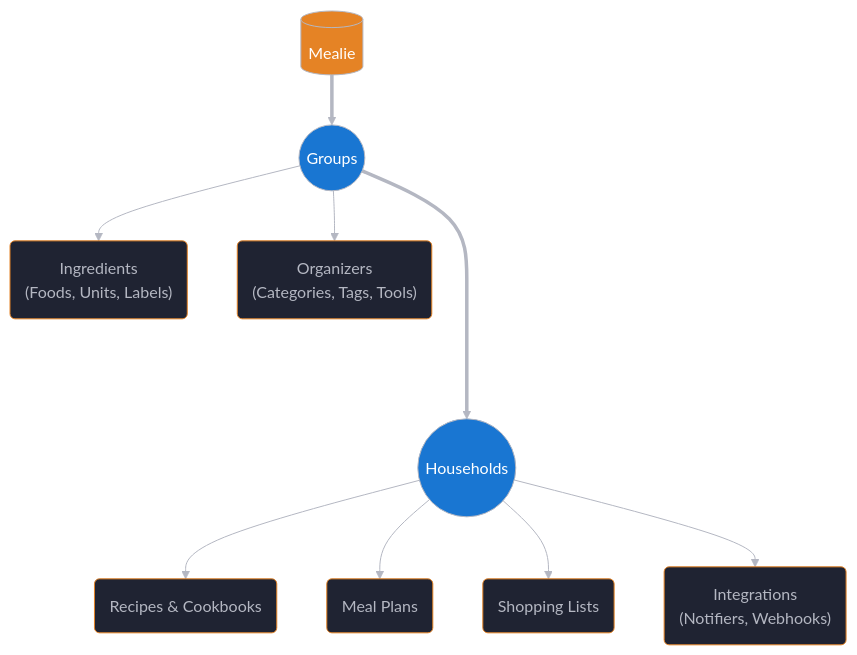
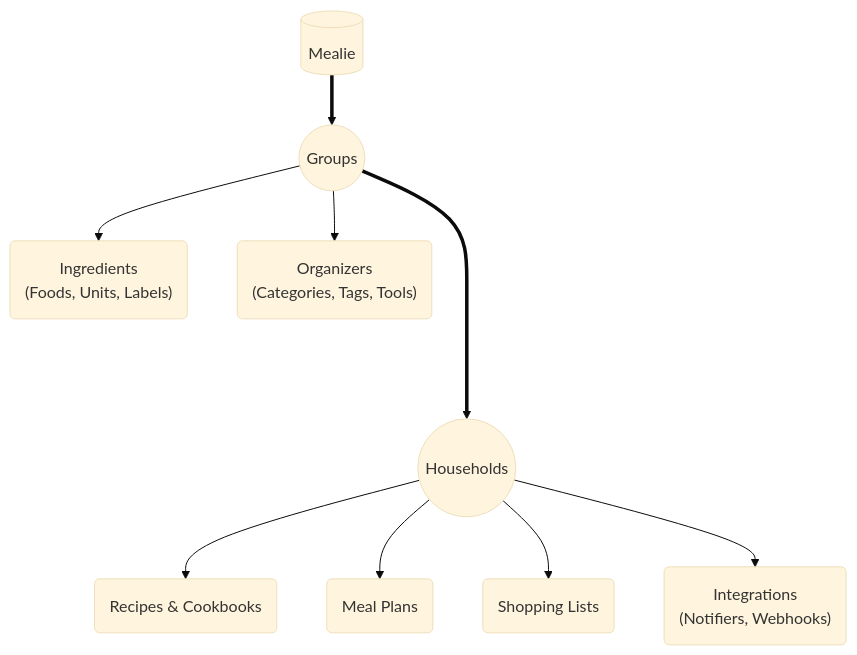
Before and after one commit to mealie-recipes/mealie: the diagram in docs/docs/documentation/getting-started/features.md, drawn with Mermaid (base theme).

Commit message:
remove chart styling

````diff
--- a/docs/docs/documentation/getting-started/features.md
+++ b/docs/docs/documentation/getting-started/features.md
@@ -187,25 +187,18 @@
 ```mermaid
 flowchart TB
-    mealie[(Mealie)]:::primary ==> groups
+    mealie[(Mealie)] ==> groups
 
     %% Groups
-    groups((Groups)):::secondary --> ingredients & organizers
-    groups((Groups)):::secondary ====> households
+    groups((Groups)) --> ingredients & organizers
+    groups((Groups)) ====> households
     ingredients("Ingredients<br/>(Foods, Units, Labels)")
     organizers("Organizers<br/>(Categories, Tags, Tools)")
 
     %% Households
-    households((Households)):::secondary --> recipes & mealplans & shoppinglists & integrations
+    households((Households)) --> recipes & mealplans & shoppinglists & integrations
 
     recipes(Recipes & Cookbooks)
     mealplans(Meal Plans)
     shoppinglists(Shopping Lists)
     integrations("Integrations<br/>(Notifiers, Webhooks)")
-
-    %% Styling
-    classDef primary fill:#E58325,stroke:#B4B7C2,color:#FFFFFF
-    classDef secondary fill:#1976D2,stroke:#B4B7C2,color:#FFFFFF
-
-    classDef default fill:#1F2332,stroke:#E58325,color:#B4B7C2
-    linkStyle default stroke:#B4B7C2
 ```
````
